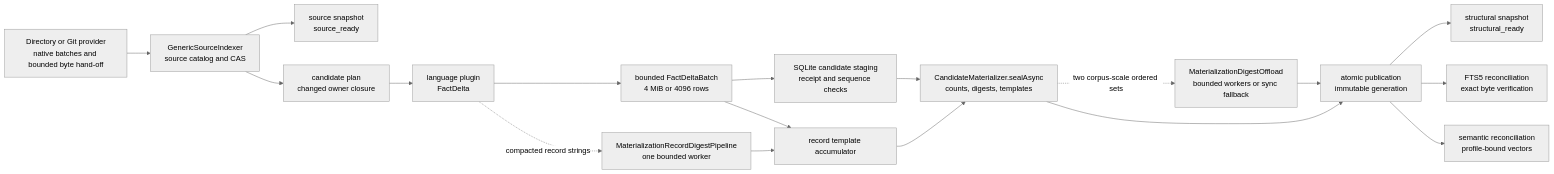
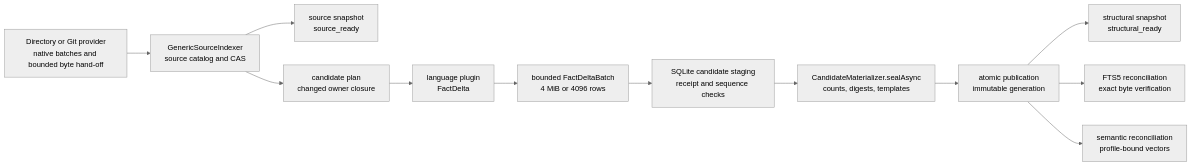
The third of 6 diagrams in docs/architecture.md (CristianBB/urdira), drawn with Mermaid (neutral theme) before and after one commit. The commit also changed other lines of this file and 16 other files, not shown here.

````diff
--- a/docs/architecture.md
+++ b/docs/architecture.md
@@ -68,20 +219,14 @@
 ```mermaid
 flowchart LR
   Observe["Directory or Git provider\nnative batches and bounded byte hand-off"] --> Catalog["GenericSourceIndexer\nsource catalog and CAS"]
   Catalog --> SourceReady["source snapshot\nsource_ready"]
   Catalog --> Plan["candidate plan\nchanged owner closure"]
   Plan --> Analyze["language plugin\nFactDelta"]
   Analyze --> Batch["bounded FactDeltaBatch\n4 MiB or 4096 rows"]
-  Analyze -. "compacted record strings" .-> RecordDigests["MaterializationRecordDigestPipeline\none bounded worker"]
   Batch --> Stage["SQLite candidate staging\nreceipt and sequence checks"]
-  Batch --> Accumulate["record template accumulator"]
-  RecordDigests --> Accumulate
   Stage --> Seal["CandidateMaterializer.sealAsync\ncounts, digests, templates"]
-  Accumulate --> Seal
-  Seal -. "two corpus-scale ordered sets" .-> SealWorkers["MaterializationDigestOffload\nbounded workers or sync fallback"]
-  SealWorkers --> Publish
   Seal --> Publish["atomic publication\nimmutable generation"]
   Publish --> StructuralReady["structural snapshot\nstructural_ready"]
   Publish --> Lexical["FTS5 reconciliation\nexact byte verification"]
   Publish --> Semantic["semantic reconciliation\nprofile-bound vectors"]
 ```
````
